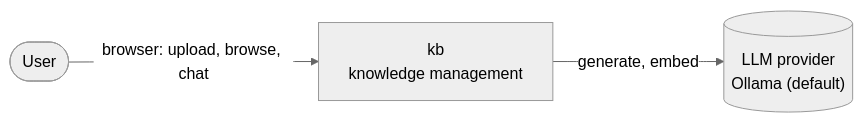
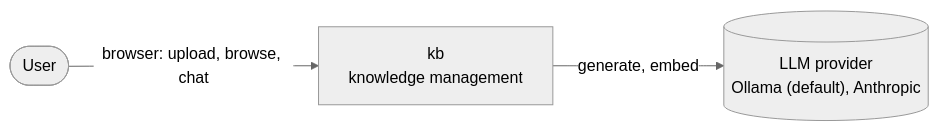
Before and after one commit to ChristophBe/kb: the first of 3 diagrams in docs/architecture/overview.md, drawn with Mermaid (neutral theme). The commit also changed other lines of this file and 12 other files, not shown here.

First line of the commit message:
Add an Anthropic Claude provider to the llm module

````diff
--- a/docs/architecture/overview.md
+++ b/docs/architecture/overview.md
@@ -7,9 +7,9 @@
 ```mermaid
 flowchart LR
     user([User])
     kb["kb<br/>knowledge management"]
-    llmvendor[("LLM provider<br/>Ollama (default)")]
+    llmvendor[("LLM provider<br/>Ollama (default), Anthropic")]
 
     user -- "browser: upload, browse, chat" --> kb
     kb -- "generate, embed" --> llmvendor
 ```
````
